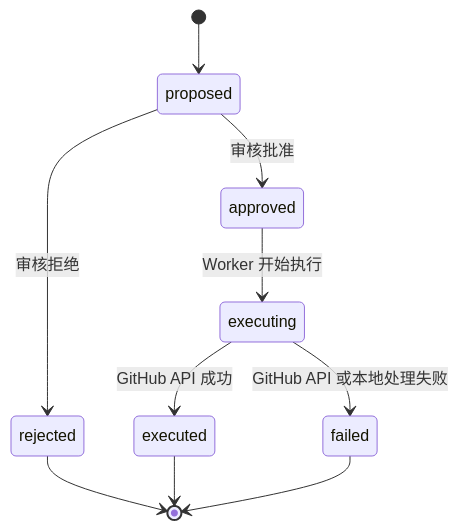
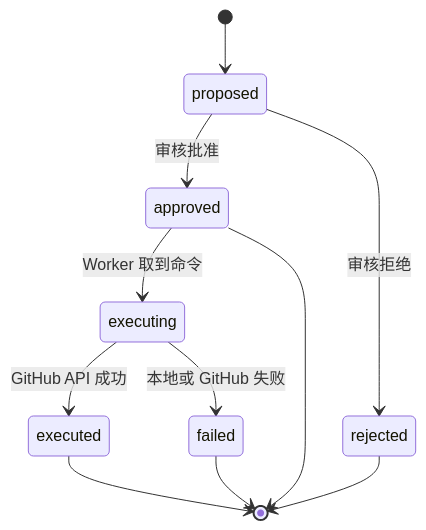
The second of 2 diagrams in README.md (chengyebi/issueflow-agent), drawn with Mermaid before and after one commit. The commit also changed other lines of this file and 3 other files, not shown here.

Commit message:
重构 README 并补充项目演示截图

````diff
--- a/README.md
+++ b/README.md
@@ -601,15 +194,13 @@
 ```mermaid
 stateDiagram-v2
     [*] --> proposed
-
     proposed --> approved : 审核批准
     proposed --> rejected : 审核拒绝
-
-    approved --> executing : Worker 开始执行
+    approved --> executing : Worker 取到命令
     executing --> executed : GitHub API 成功
-    executing --> failed : GitHub API 或本地处理失败
-
+    executing --> failed : 本地或 GitHub 失败
+    approved --> [*]
     rejected --> [*]
     executed --> [*]
     failed --> [*]
 ```
````
